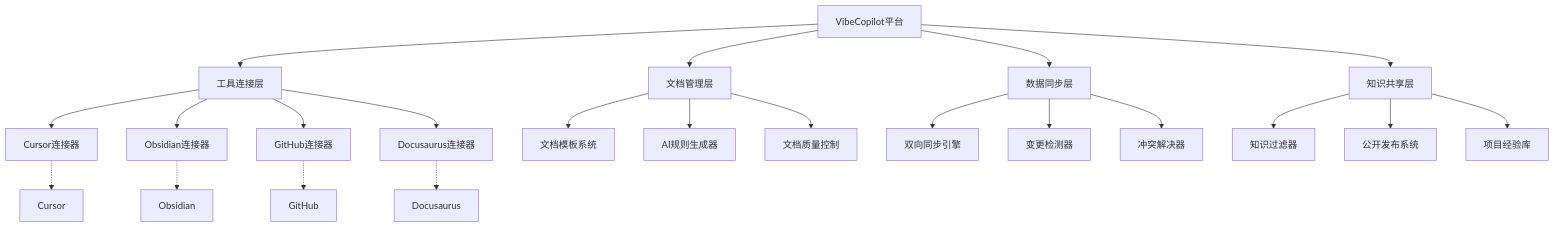
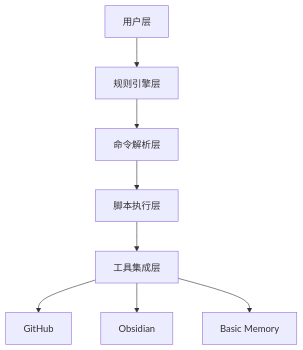
The first of 5 diagrams in docs/dev/architecture/0_overview.md (jacobcy/VibeCopilot), drawn with Mermaid before and after one commit. The commit also changed other lines of this file and 63 other files, not shown here.

````diff
--- a/docs/dev/architecture/0_overview.md
+++ b/docs/dev/architecture/0_overview.md
@@ -31,29 +21,10 @@
 ```mermaid
 graph TD
-    A[VibeCopilot平台] --> B[工具连接层]
-    A --> C[文档管理层]
-    A --> D[数据同步层]
-    A --> E[知识共享层]
-
-    B --> B1[Cursor连接器]
-    B --> B2[Obsidian连接器]
-    B --> B3[GitHub连接器]
-    B --> B4[Docusaurus连接器]
-
-    C --> C1[文档模板系统]
-    C --> C2[AI规则生成器]
-    C --> C3[文档质量控制]
-
-    D --> D1[双向同步引擎]
-    D --> D2[变更检测器]
-    D --> D3[冲突解决器]
-
-    E --> E1[知识过滤器]
-    E --> E2[公开发布系统]
-    E --> E3[项目经验库]
-
-    B1 -.-> F1[Cursor]
-    B2 -.-> F2[Obsidian]
-    B3 -.-> F3[GitHub]
-    B4 -.-> F4[Docusaurus]
+    A[用户层] --> B[规则引擎层]
+    B --> C[命令解析层]
+    C --> D[脚本执行层]
+    D --> E[工具集成层]
+    E --> F1[GitHub]
+    E --> F2[Obsidian]
+    E --> F3[Basic Memory]
 ```
````
